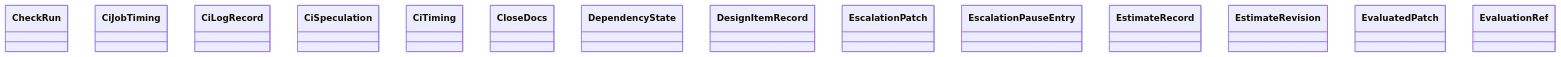
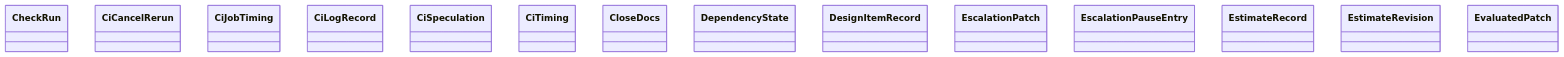
The diagram in docs/architecture/generated/classes-process-domain-state-3.md (GonzaloZevallos/agentic-system), drawn with Mermaid before and after one commit. The commit also changed other lines of this file and 3 other files, not shown here.

Commit message:
Regenerate the architecture docs for the CiCancelRerun fact

````diff
--- a/docs/architecture/generated/classes-process-domain-state-3.md
+++ b/docs/architecture/generated/classes-process-domain-state-3.md
@@ -23,17 +23,17 @@
 ```mermaid
 classDiagram
     class task__CheckRun["CheckRun"]
+    class task__CiCancelRerun["CiCancelRerun"]
     class task__CiJobTiming["CiJobTiming"]
     class task__CiLogRecord["CiLogRecord"]
     class task__CiSpeculation["CiSpeculation"]
     class task__CiTiming["CiTiming"]
     class task__CloseDocs["CloseDocs"]
     class task__DependencyState["DependencyState"]
     class task__DesignItemRecord["DesignItemRecord"]
     class task__EscalationPatch["EscalationPatch"]
     class task__EscalationPauseEntry["EscalationPauseEntry"]
     class task__EstimateRecord["EstimateRecord"]
     class task__EstimateRevision["EstimateRevision"]
     class task__EvaluatedPatch["EvaluatedPatch"]
-    class task__EvaluationRef["EvaluationRef"]
 ```
````
